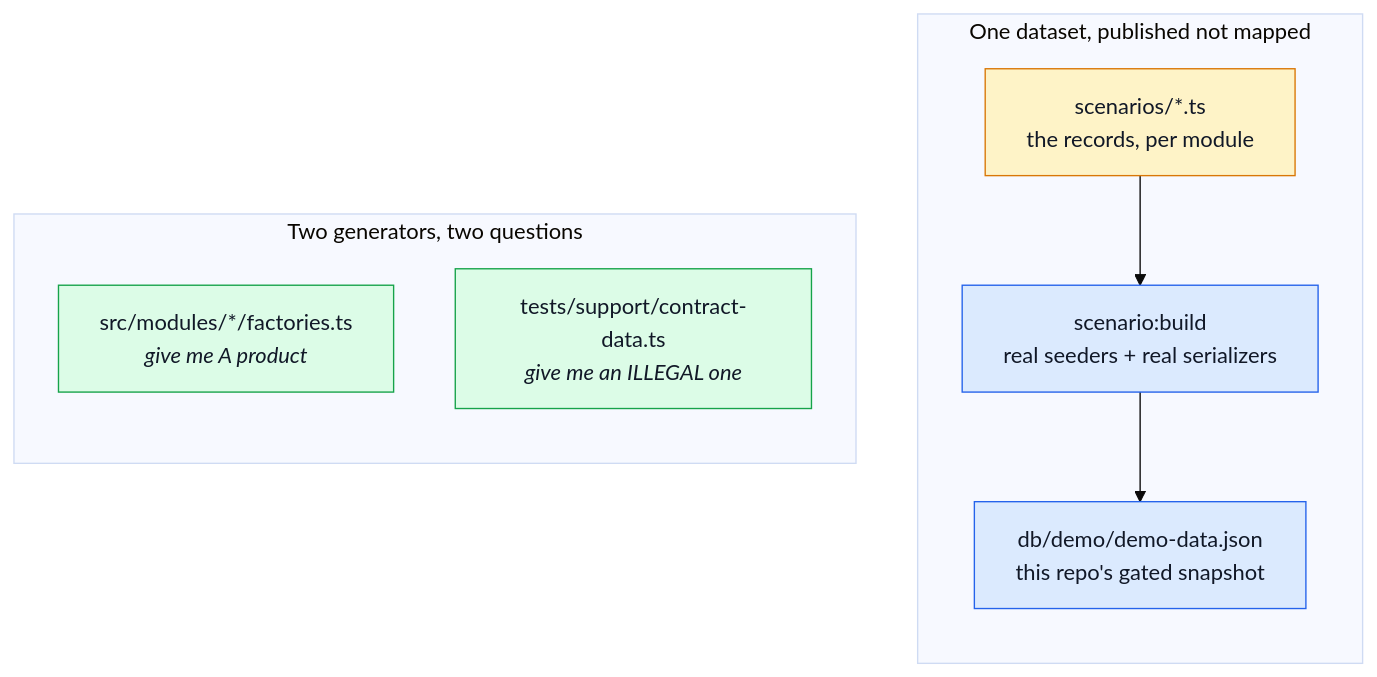
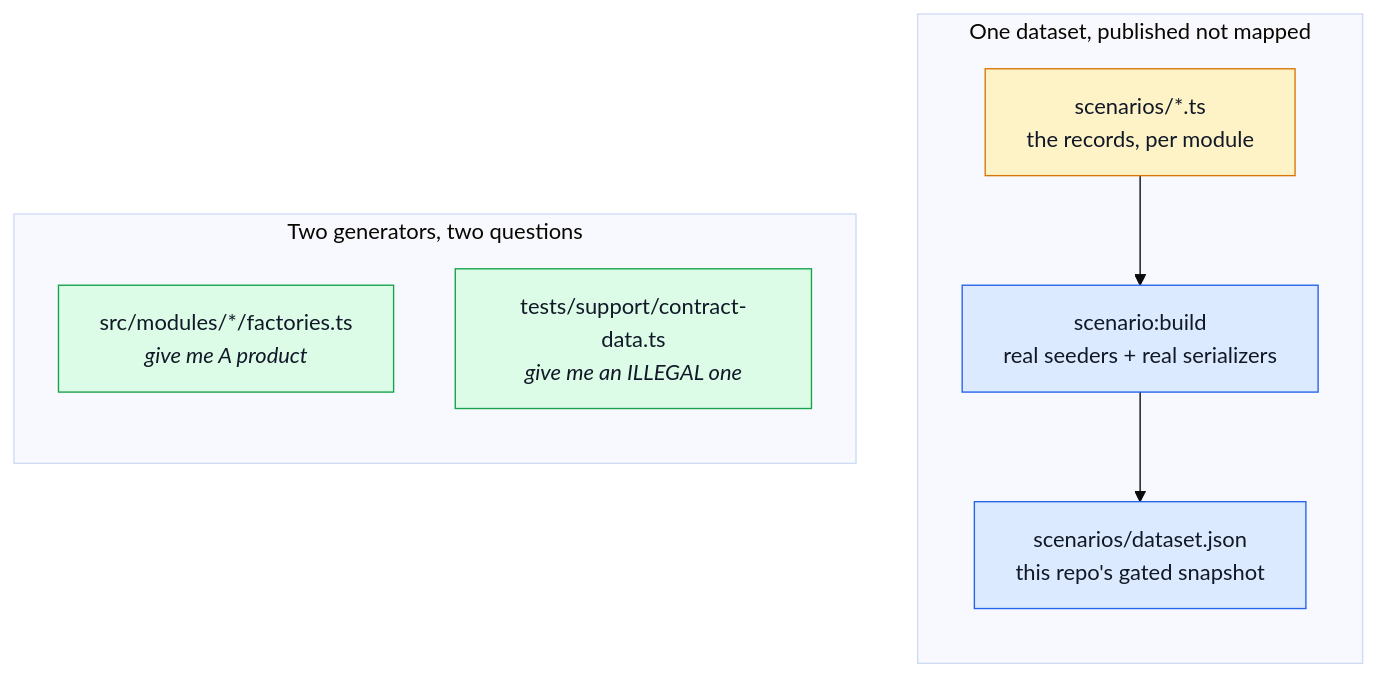
The second of 3 diagrams in docs/tools/testing-and-docs.md (Guebbit/boilerplate-node-backend), drawn with Mermaid (base theme) before and after one commit. The commit also changed other lines of this file and 32 other files, not shown here.

````diff
--- a/docs/tools/testing-and-docs.md
+++ b/docs/tools/testing-and-docs.md
@@ -91,23 +91,23 @@
 ```mermaid
 %%{init: {'flowchart': {'nodeSpacing': 45, 'rankSpacing': 55}}}%%
 flowchart TB
     subgraph one["One dataset, published not mapped"]
         direction TB
         Seed["scenarios/*.ts<br/>the records, per module"]
         Seed --> Export["scenario:build<br/>real seeders + real serializers"]
-        Export --> Dataset["db/demo/demo-data.json<br/>this repo's gated snapshot"]
+        Export --> Dataset["scenarios/dataset.json<br/>this repo's gated snapshot"]
     end
 
     subgraph two["Two generators, two questions"]
         direction TB
         Factories["src/modules/*/factories.ts<br/><i>give me A product</i>"]
         ContractData["tests/support/contract-data.ts<br/><i>give me an ILLEGAL one</i>"]
     end
 
     classDef source fill:#fef3c7,stroke:#d97706,color:#111827;
     classDef mapper fill:#dbeafe,stroke:#2563eb,color:#111827;
     classDef gen fill:#dcfce7,stroke:#16a34a,color:#111827;
     class Seed source;
     class Export,Dataset mapper;
     class Factories,ContractData gen;
 ```
````
